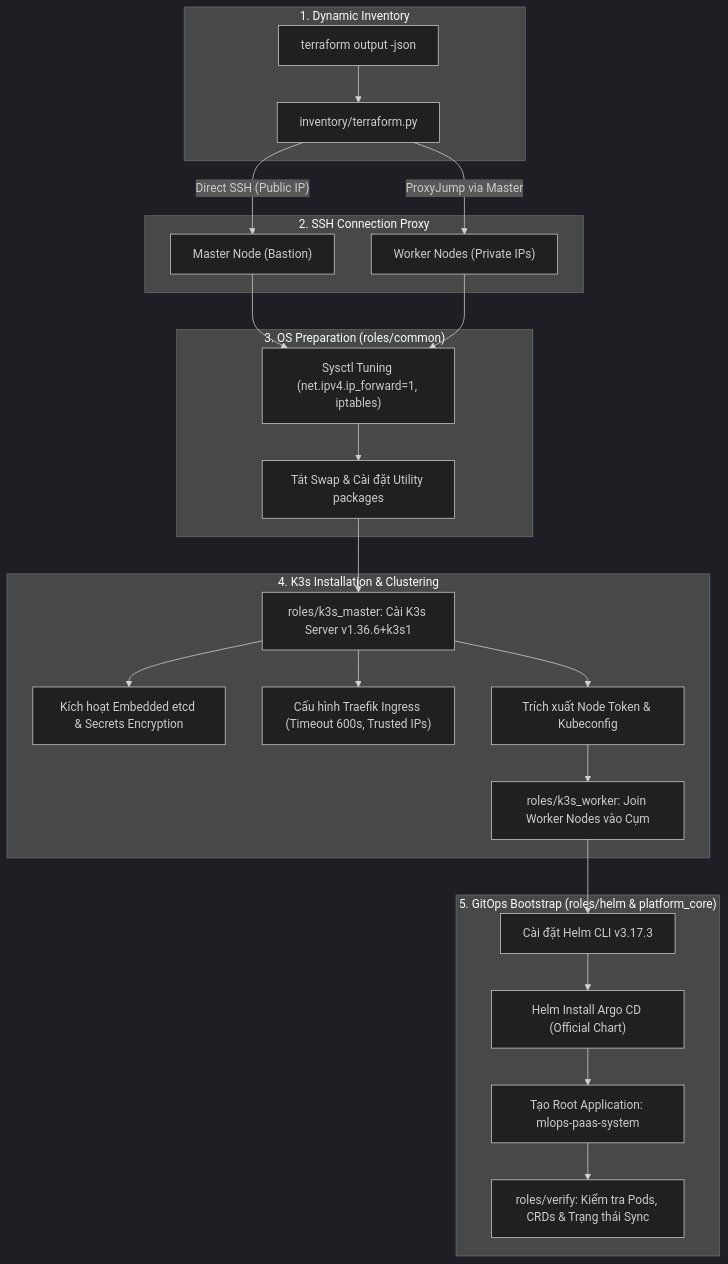
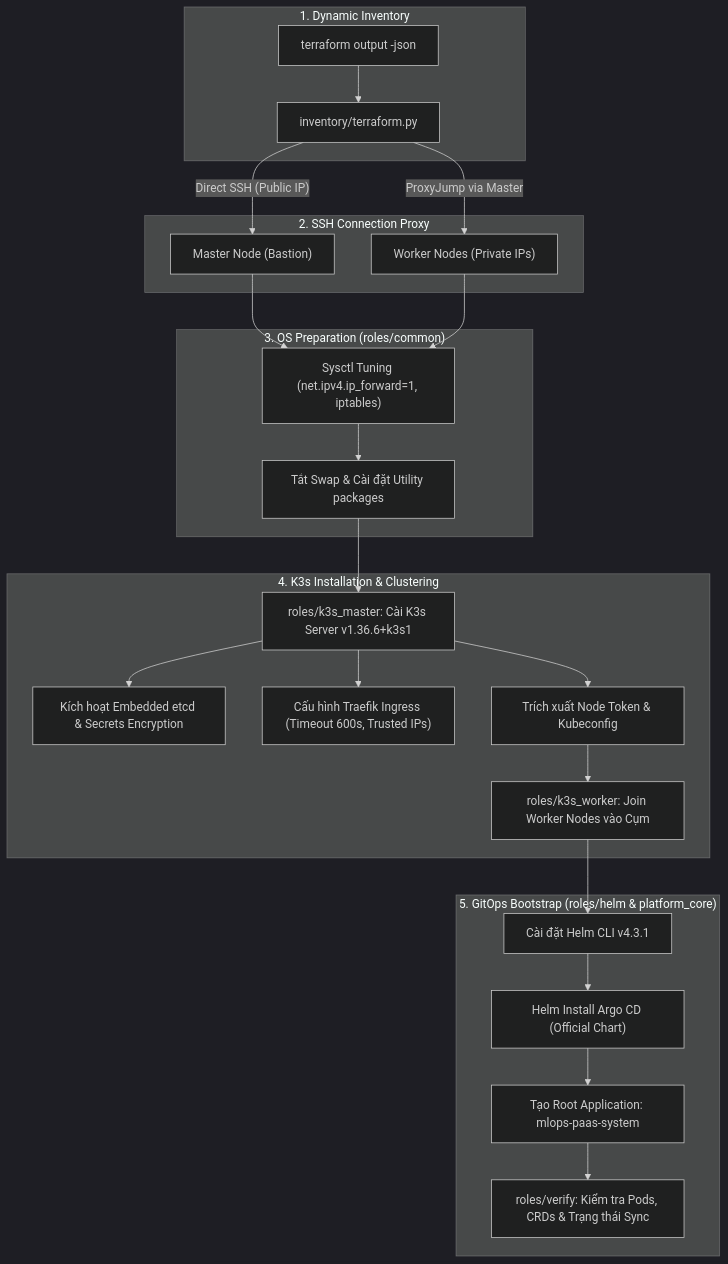
The third of 8 diagrams in ARCHITECTURE.md (Viet-Hoang-2005/MLOps-paas-system), drawn with Mermaid (dark theme) before and after one commit. The commit also changed 7 other files, not shown here.

````diff
--- a/ARCHITECTURE.md
+++ b/ARCHITECTURE.md
@@ -125,33 +125,33 @@
 ```mermaid
 flowchart TD
     subgraph INVENTORY["1. Dynamic Inventory"]
         TF_OUT["terraform output -json"]
         DYN_SCRIPT["inventory/terraform.py"]
         TF_OUT --> DYN_SCRIPT
     end
 
     subgraph PROXY["2. SSH Connection Proxy"]
         DYN_SCRIPT -->|"Direct SSH (Public IP)"| SSH_MASTER["Master Node (Bastion)"]
         DYN_SCRIPT -->|"ProxyJump via Master"| SSH_WORKERS["Worker Nodes (Private IPs)"]
     end
 
     subgraph OS_PREP["3. OS Preparation (roles/common)"]
         SSH_MASTER & SSH_WORKERS --> SYSCTL["Sysctl Tuning (net.ipv4.ip_forward=1, iptables)"]
         SYSCTL --> SWAP["Tắt Swap & Cài đặt Utility packages"]
     end
 
     subgraph K3S_INIT["4. K3s Installation & Clustering"]
         SWAP --> K3S_SERVER["roles/k3s_master: Cài K3s Server v1.36.6+k3s1"]
         K3S_SERVER --> ETCD["Kích hoạt Embedded etcd & Secrets Encryption"]
         K3S_SERVER --> TRAEFIK["Cấu hình Traefik Ingress (Timeout 600s, Trusted IPs)"]
         K3S_SERVER --> TOKEN["Trích xuất Node Token & Kubeconfig"]
         TOKEN --> K3S_AGENT["roles/k3s_worker: Join Worker Nodes vào Cụm"]
     end
 
     subgraph GITOPS_CORE["5. GitOps Bootstrap (roles/helm & platform_core)"]
-        K3S_AGENT --> HELM["Cài đặt Helm CLI v3.17.3"]
+        K3S_AGENT --> HELM["Cài đặt Helm CLI v4.3.1"]
         HELM --> ARGOCD_INSTALL["Helm Install Argo CD (Official Chart)"]
         ARGOCD_INSTALL --> ROOT_APP["Tạo Root Application: mlops-paas-system"]
         ROOT_APP --> VERIFY["roles/verify: Kiểm tra Pods, CRDs & Trạng thái Sync"]
     end
 ```
````
